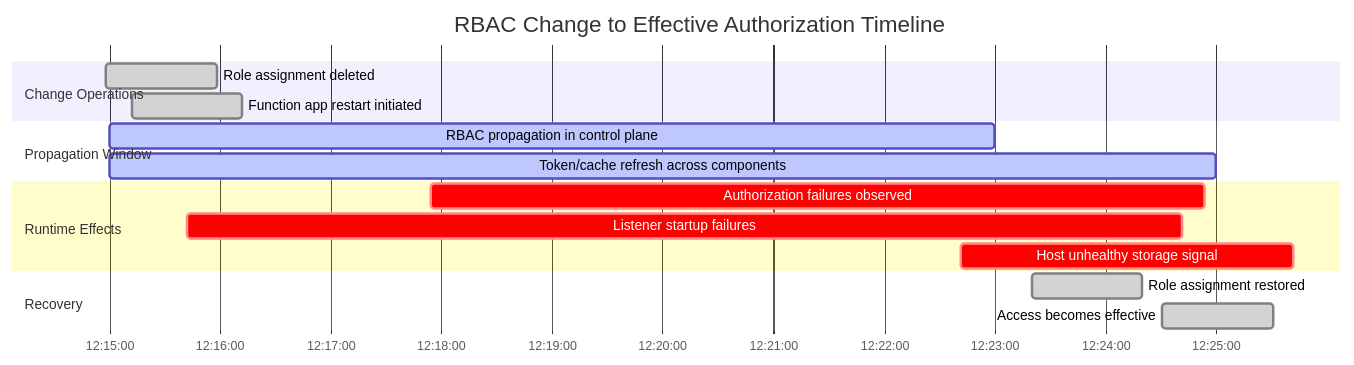
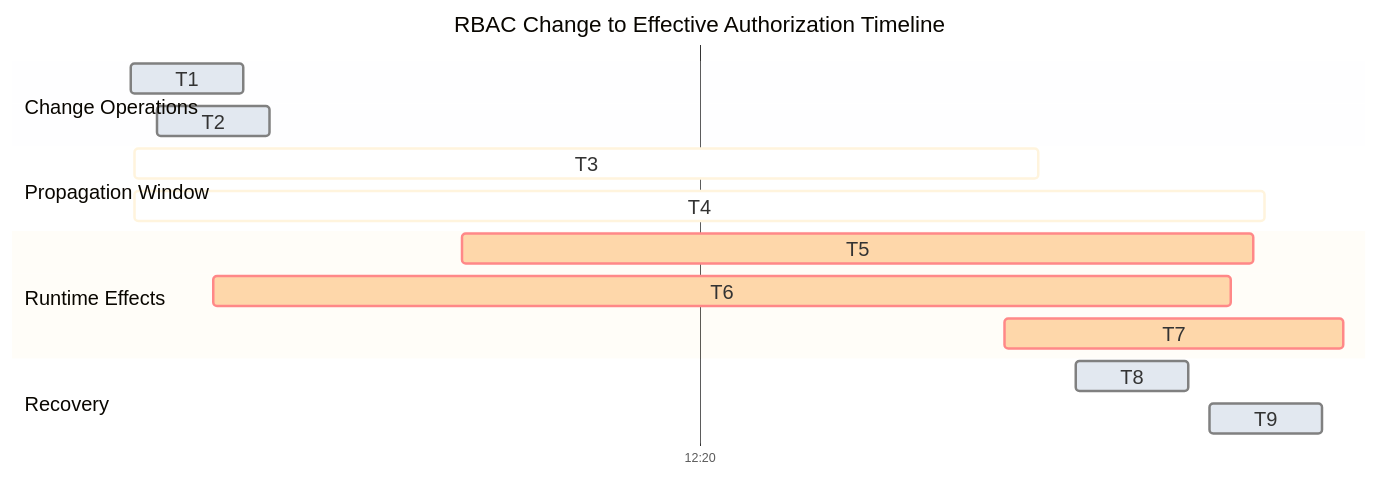
The second of 5 diagrams in docs/troubleshooting/lab-guides/managed-identity-auth.md (yeongseon/azure-functions-practical-guide), drawn with Mermaid before and after one commit. The commit also changed other lines of this file, not shown here.

First line of the commit message:
docs(diagrams): clarify managed identity lab diagram reading paths

````diff
--- a/docs/troubleshooting/lab-guides/managed-identity-auth.md
+++ b/docs/troubleshooting/lab-guides/managed-identity-auth.md
@@ -162,23 +182,27 @@
 ```mermaid
+%%{init: {"gantt":{"fontSize":16,"sectionFontSize":16,"leftPadding":95,"rightPadding":35,"barHeight":24,"barGap":10},"theme":"base","themeVariables":{"doneTaskBkgColor":"#e2e8f0","critBkgColor":"#fed7aa","taskBkgColor":"#e2e8f0"},"themeCSS":".grid .tick text{font-size:16px;fill:var(--md-default-fg-color);} .section{opacity:0;} .titleText{font-size:14px;fill:var(--md-default-fg-color);} .sectionTitle{fill:var(--md-default-fg-color);} .taskTextOutsideLeft,.taskTextOutsideRight{fill:var(--md-default-fg-color)!important;} .taskText{fill:#14202e!important;}"}}%%
 gantt
+    accTitle: RBAC change and effective authorization timing model
+    accDescr: Nine original periods across Change Operations, Propagation Window, Runtime Effects and Recovery. T1 to T9 expand in the adjacent key; dates are preserved, not newly validated.
     title RBAC Change to Effective Authorization Timeline
     dateFormat  YYYY-MM-DD HH:mm:ss
-    axisFormat  %H:%M:%S
+    axisFormat  %H:%M
+    tickInterval 10minute
 
     section Change Operations
-    Role assignment deleted                 :done, a1, 2026-04-04 12:14:58, 1m
-    Function app restart initiated          :done, a2, 2026-04-04 12:15:12, 1m
+    T1 :done, a1, 2026-04-04 12:14:58, 1m
+    T2 :done, a2, 2026-04-04 12:15:12, 1m
 
     section Propagation Window
-    RBAC propagation in control plane       :active, b1, 2026-04-04 12:15:00, 8m
-    Token/cache refresh across components   :active, b2, 2026-04-04 12:15:00, 10m
+    T3 :active, b1, 2026-04-04 12:15:00, 8m
+    T4 :active, b2, 2026-04-04 12:15:00, 10m
 
     section Runtime Effects
-    Authorization failures observed         :crit, c1, 2026-04-04 12:17:54, 7m
-    Listener startup failures               :crit, c2, 2026-04-04 12:15:42, 9m
-    Host unhealthy storage signal           :crit, c3, 2026-04-04 12:22:42, 3m
+    T5 :crit, c1, 2026-04-04 12:17:54, 7m
+    T6 :crit, c2, 2026-04-04 12:15:42, 9m
+    T7 :crit, c3, 2026-04-04 12:22:42, 3m
 
     section Recovery
-    Role assignment restored                :done, d1, 2026-04-04 12:23:20, 1m
-    Access becomes effective                :done, d2, 2026-04-04 12:24:31, 1m
+    T8 :done, d1, 2026-04-04 12:23:20, 1m
+    T9 :done, d2, 2026-04-04 12:24:31, 1m
 ```
````
